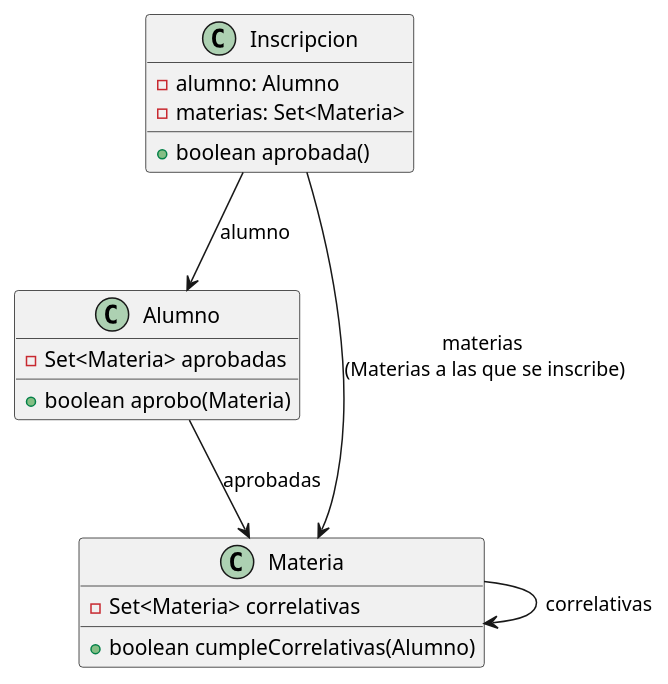
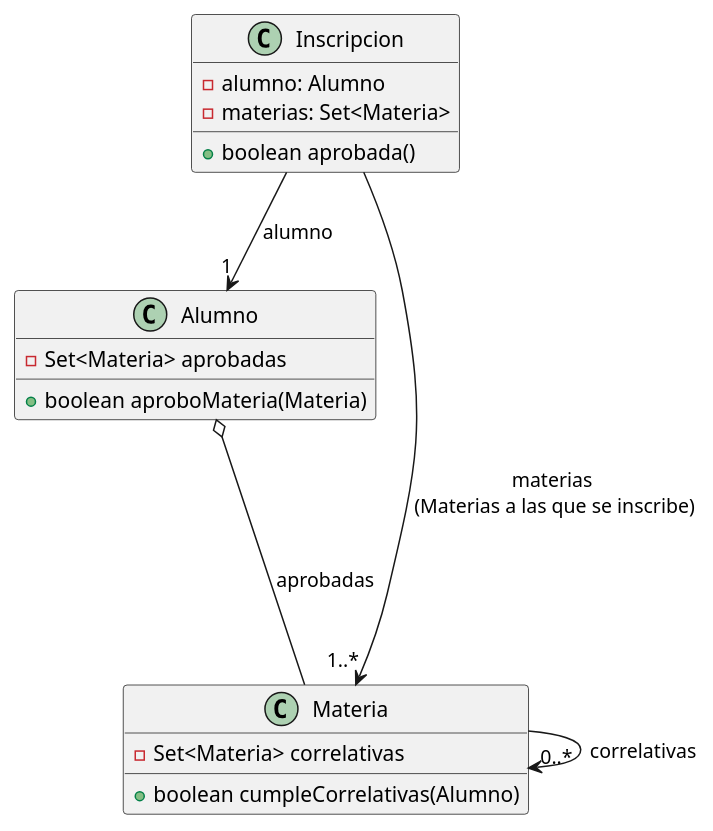
The diagram in src/uml.puml (nmigueles/validador-de-correlatividades), drawn with PlantUML before and after one commit. The commit also changed 2 other files, not shown here.

Commit message:
tunear diagrama

```diff
--- a/src/uml.puml
+++ b/src/uml.puml
@@ -1,25 +1,25 @@
 @startuml
 
-Alumno --> Materia : aprobadas
-Inscripcion --> Alumno : alumno
-Inscripcion --> Materia : materias \n(Materias a las que se inscribe)
-Materia --> Materia : correlativas
+Alumno o--- Materia : aprobadas
+Inscripcion --> "1" Alumno : alumno
+Inscripcion --> "1..*" Materia : materias \n(Materias a las que se inscribe)
+Materia --> "0..*" Materia : correlativas
 
 class Inscripcion {
 -alumno: Alumno
 -materias: Set<Materia>
 
 +boolean aprobada()
 }
 
 class Alumno {
 -Set<Materia> aprobadas
-+boolean aprobo(Materia)
++boolean aproboMateria(Materia)
 }
 
 class Materia {
 -Set<Materia> correlativas
 +boolean cumpleCorrelativas(Alumno)
 }
 
 @enduml
```
